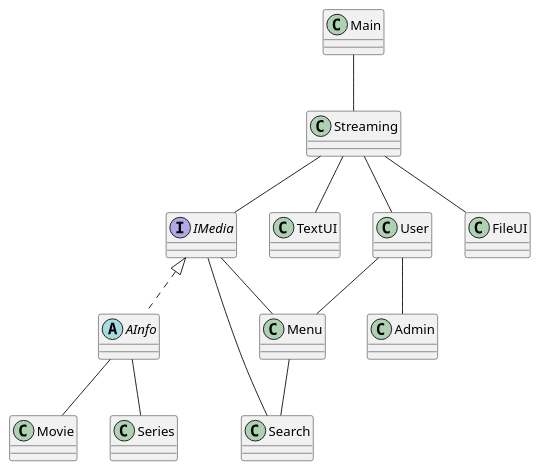
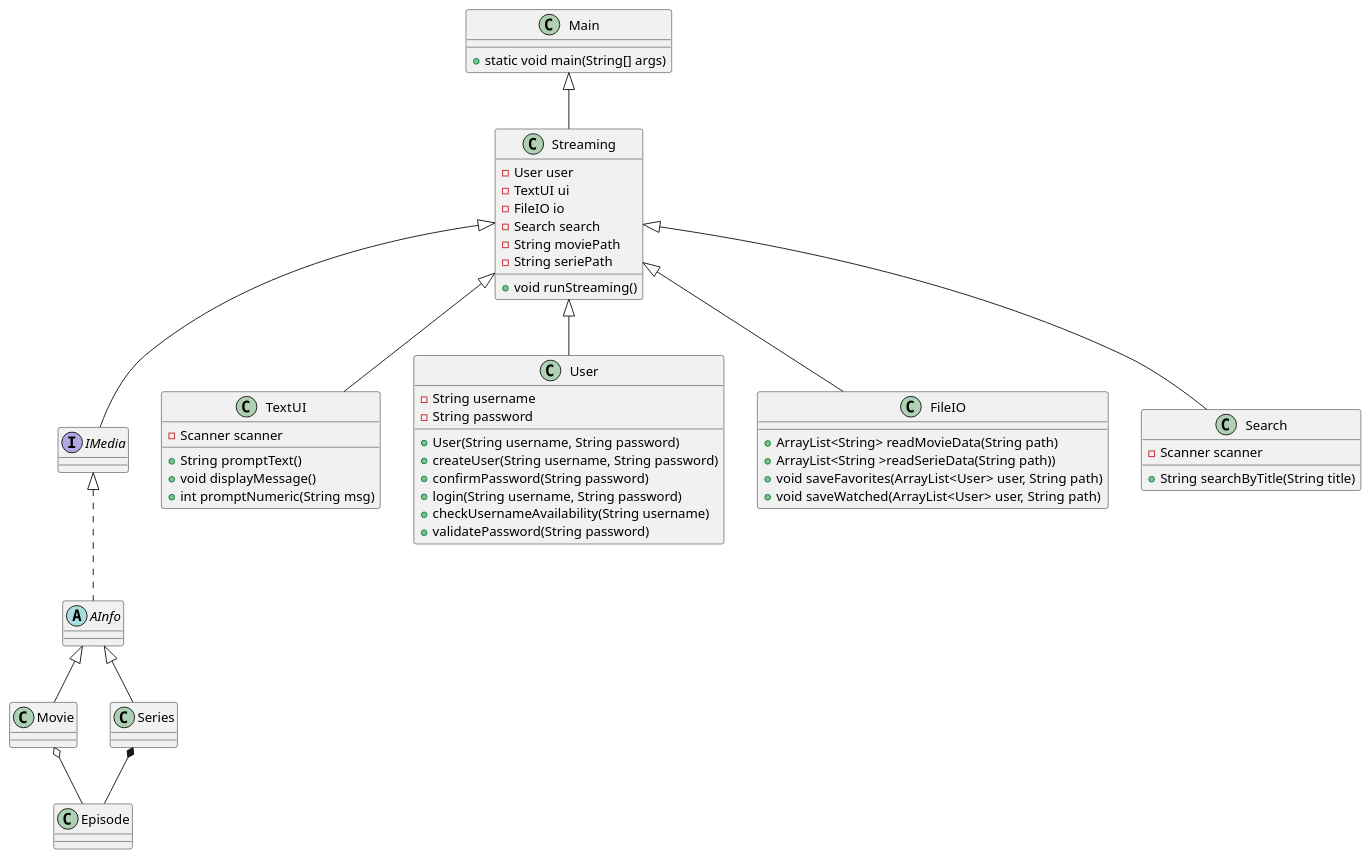
One commit to mrPrimeBeef/Sem1-Project-MovieStream changed the diagram in Doc/Static/ClassDiagram.puml. Above: the diagram before and after it, drawn with PlantUML.

Commit message:
opdatering af classdiagram

```diff
--- a/Doc/Static/ClassDiagram.puml
+++ b/Doc/Static/ClassDiagram.puml
@@ -1,53 +1,76 @@
 @startuml
 
 interface IMedia {
 }
 
 abstract AInfo {
 }
 
 class Movie {
 }
 
+
 class Series {
 }
 
 class TextUI {
+- Scanner scanner
++ String promptText()
++ void displayMessage()
++ int promptNumeric(String msg)
 }
 
 class User {
-}
-
-class Menu {
+- String username
+- String password
++ User(String username, String password)
+'Methods
++ createUser(String username, String password)
++ confirmPassword(String password)
++ login(String username, String password)
++ checkUsernameAvailability(String username)
++ validatePassword(String password)
 }
 
 class Streaming {
+- User user
+- TextUI ui
+- FileIO io
+- Search search
+- String moviePath
+- String seriePath
++ void runStreaming()
 }
 
 class Main {
++ static void main(String[] args)
 }
 
-class FileUI {
+class FileIO {
++ ArrayList<String> readMovieData(String path)
++ ArrayList<String >readSerieData(String path))
++ void saveFavorites(ArrayList<User> user, String path)
++ void saveWatched(ArrayList<User> user, String path)
 }
 
 class Search {
+- Scanner scanner
++ String searchByTitle(String title)
+}
+class Episode{
+
 }
 
-class Admin {
-}
-
-Main -- Streaming
-Streaming -- IMedia
-User -- Menu
-User -- Admin
-IMedia -- Menu
-Streaming -- User
-Menu -- Search
-IMedia -- Search
-Streaming -- TextUI
+Main <|-- Streaming
+Streaming <|-- IMedia
+Streaming <|-- User
+Streaming <|-- Search
+Streaming <|-- TextUI
 IMedia <|.. AInfo
-Streaming -- FileUI
-AInfo -- Movie
-AInfo -- Series
+Streaming <|-- FileIO
+AInfo <|-- Movie
+AInfo <|-- Series
+Series *-- Episode
+Movie o-- Episode
 
 @enduml
```
